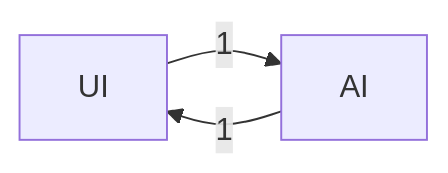
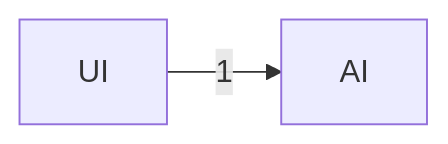
The diagram in README.md (DeepExtrema/deepextrema), drawn with Mermaid before and after one commit. The commit also changed other lines of this file and 4 other files, not shown here.

````diff
--- a/README.md
+++ b/README.md
@@ -214,5 +214,4 @@
 ```mermaid
 graph LR
     UI -->|1| AI
-    AI -->|1| UI
 ```
````
